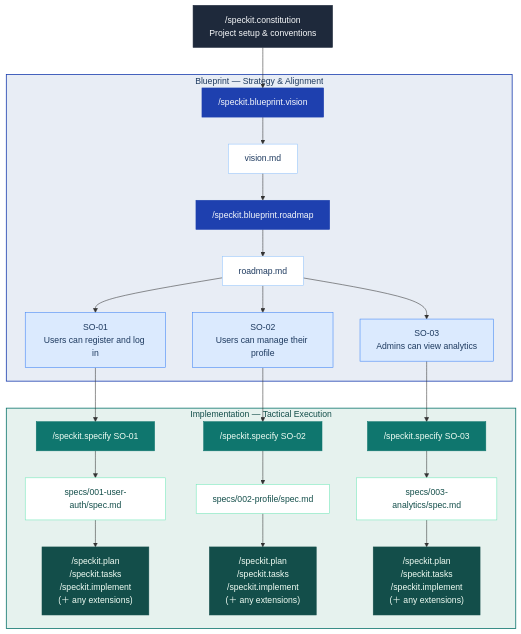
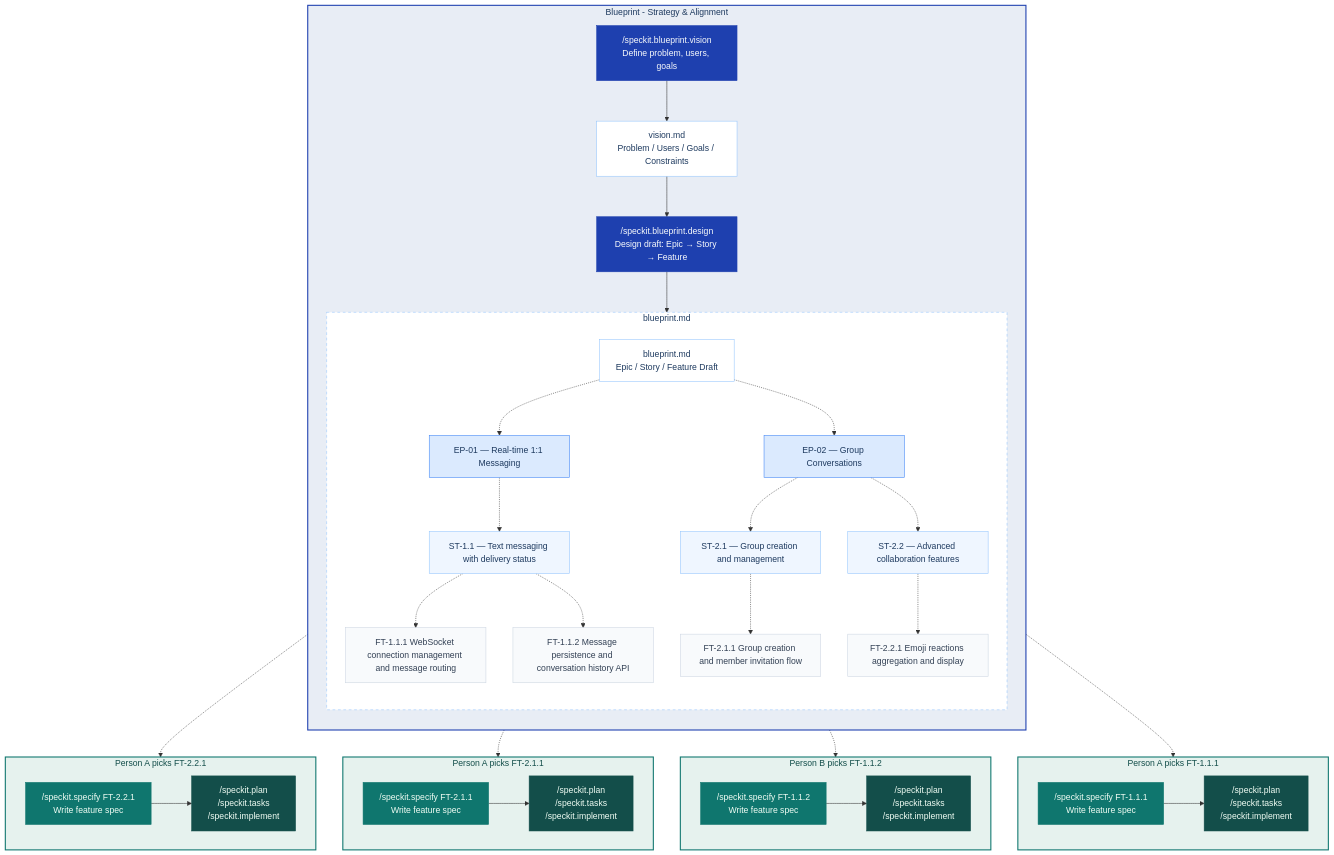
The diagram in README.md (jaeryun/spec-kit-blueprint), drawn with Mermaid before and after one commit. The commit also changed other lines of this file and 22 other files, not shown here.

First line of the commit message:
refactor: rename roadmap command to design, improve archive workflow and UX (#2)

````diff
--- a/README.md
+++ b/README.md
@@ -22,47 +22,78 @@
 ```mermaid
 flowchart TD
-    A["/speckit.constitution\nProject setup & conventions"] --> B
+    B["/speckit.blueprint.vision<br/>Define problem, users, goals"]
 
-    subgraph bp ["Blueprint — Strategy & Alignment"]
-        B["/speckit.blueprint.vision"]
-        B --> C["vision.md"]
-        C --> D["/speckit.blueprint.roadmap"]
-        D --> R["roadmap.md"]
-        R --> SO1["SO-01\nUsers can register and log in"]
-        R --> SO2["SO-02\nUsers can manage their profile"]
-        R --> SO3["SO-03\nAdmins can view analytics"]
+    subgraph BP ["Blueprint - Strategy & Alignment"]
+        direction TB
+        B --> V["vision.md<br/>Problem / Users / Goals / Constraints"]
+        V --> C["/speckit.blueprint.design<br/>Design draft: Epic → Story → Feature"]
+        C --> R["blueprint.md<br/>Epic / Story / Feature Draft"]
+
+        subgraph HIER ["blueprint.md"]
+            direction TB
+            R -.-> EP1["EP-01 — Real-time 1:1 Messaging"]
+            EP1 -.-> ST1["ST-1.1 — Text messaging with delivery status"]
+            ST1 -.-> FT_1_1_1["FT-1.1.1 WebSocket connection management and message routing"]
+            ST1 -.-> FT_1_1_2["FT-1.1.2 Message persistence and conversation history API"]
+
+            R -.-> EP2["EP-02 — Group Conversations"]
+            EP2 -.-> ST2["ST-2.1 — Group creation and management"]
+            ST2 -.-> FT_2_1_1["FT-2.1.1 Group creation and member invitation flow"]
+            EP2 -.-> ST3["ST-2.2 — Advanced collaboration features"]
+            ST3 -.-> FT_2_2_1["FT-2.2.1 Emoji reactions aggregation and display"]
+        end
     end
 
-    SO1 --> F
-    SO2 --> G
-    SO3 --> H
-
-    subgraph impl ["Implementation — Tactical Execution"]
-        F["/speckit.specify SO-01"] --> spec1["specs/001-user-auth/spec.md"]
-        G["/speckit.specify SO-02"] --> spec2["specs/002-profile/spec.md"]
-        H["/speckit.specify SO-03"] --> spec3["specs/003-analytics/spec.md"]
-        spec1 --> NEXT1["/speckit.plan\n/speckit.tasks\n/speckit.implement\n(＋ any extensions)"]
-        spec2 --> NEXT2["/speckit.plan\n/speckit.tasks\n/speckit.implement\n(＋ any extensions)"]
-        spec3 --> NEXT3["/speckit.plan\n/speckit.tasks\n/speckit.implement\n(＋ any extensions)"]
+    subgraph DEV1 ["Person A picks FT-1.1.1"]
+        direction LR
+        S_1_1_1["/speckit.specify FT-1.1.1<br/>Write feature spec"] --> N_1_1_1["/speckit.plan<br/>/speckit.tasks<br/>/speckit.implement"]
     end
 
-    style bp fill:#e8edf5,stroke:#1e40af,stroke-width:1.5px,color:#1e3a5f
-    style impl fill:#e6f2ee,stroke:#0f766e,stroke-width:1.5px,color:#134e4a
-    style A fill:#1e293b,stroke:#1e293b,color:#f8fafc
+    subgraph DEV2 ["Person B picks FT-1.1.2"]
+        direction LR
+        S_1_1_2["/speckit.specify FT-1.1.2<br/>Write feature spec"] --> N_1_1_2["/speckit.plan<br/>/speckit.tasks<br/>/speckit.implement"]
+    end
+
+    subgraph DEV3 ["Person A picks FT-2.1.1"]
+        direction LR
+        S_2_1_1["/speckit.specify FT-2.1.1<br/>Write feature spec"] --> N_2_1_1["/speckit.plan<br/>/speckit.tasks<br/>/speckit.implement"]
+    end
+
+    subgraph DEV4 ["Person A picks FT-2.2.1"]
+        direction LR
+        S_2_2_1["/speckit.specify FT-2.2.1<br/>Write feature spec"] --> N_2_2_1["/speckit.plan<br/>/speckit.tasks<br/>/speckit.implement"]
+    end
+
+    FT_1_1_1 -.-> S_1_1_1
+    FT_1_1_2 -.-> S_1_1_2
+    FT_2_1_1 -.-> S_2_1_1
+    FT_2_2_1 -.-> S_2_2_1
+
+    style BP fill:#e8edf5,stroke:#1e40af,stroke-width:2px,color:#1e3a5f
+    style HIER fill:#ffffff,stroke:#93c5fd,stroke-dasharray: 5 5,color:#1e3a5f
+    style DEV1 fill:#e6f2ee,stroke:#0f766e,stroke-width:2px,color:#134e4a
+    style DEV2 fill:#e6f2ee,stroke:#0f766e,stroke-width:2px,color:#134e4a
+    style DEV3 fill:#e6f2ee,stroke:#0f766e,stroke-width:2px,color:#134e4a
+    style DEV4 fill:#e6f2ee,stroke:#0f766e,stroke-width:2px,color:#134e4a
     style B fill:#1e40af,stroke:#1e40af,color:#f8fafc
-    style C fill:#ffffff,stroke:#93c5fd,color:#1e3a5f
-    style D fill:#1e40af,stroke:#1e40af,color:#f8fafc
+    style C fill:#1e40af,stroke:#1e40af,color:#f8fafc
+    style V fill:#ffffff,stroke:#93c5fd,color:#1e3a5f
     style R fill:#ffffff,stroke:#93c5fd,color:#1e3a5f
-    style SO1 fill:#dbeafe,stroke:#3b82f6,color:#1e3a5f
-    style SO2 fill:#dbeafe,stroke:#3b82f6,color:#1e3a5f
-    style SO3 fill:#dbeafe,stroke:#3b82f6,color:#1e3a5f
-    style F fill:#0f766e,stroke:#0f766e,color:#f0fdf4
-    style G fill:#0f766e,stroke:#0f766e,color:#f0fdf4
-    style H fill:#0f766e,stroke:#0f766e,color:#f0fdf4
-    style spec1 fill:#ffffff,stroke:#6ee7b7,color:#134e4a
-    style spec2 fill:#ffffff,stroke:#6ee7b7,color:#134e4a
-    style spec3 fill:#ffffff,stroke:#6ee7b7,color:#134e4a
-    style NEXT1 fill:#134e4a,stroke:#134e4a,color:#f0fdf4
-    style NEXT2 fill:#134e4a,stroke:#134e4a,color:#f0fdf4
-    style NEXT3 fill:#134e4a,stroke:#134e4a,color:#f0fdf4
+    style EP1 fill:#dbeafe,stroke:#3b82f6,color:#1e3a5f
+    style EP2 fill:#dbeafe,stroke:#3b82f6,color:#1e3a5f
+    style ST1 fill:#eff6ff,stroke:#93c5fd,color:#1e3a5f
+    style ST2 fill:#eff6ff,stroke:#93c5fd,color:#1e3a5f
+    style ST3 fill:#eff6ff,stroke:#93c5fd,color:#1e3a5f
+    style FT_1_1_1 fill:#f8fafc,stroke:#cbd5e1,color:#334155
+    style FT_1_1_2 fill:#f8fafc,stroke:#cbd5e1,color:#334155
+    style FT_2_1_1 fill:#f8fafc,stroke:#cbd5e1,color:#334155
+    style FT_2_2_1 fill:#f8fafc,stroke:#cbd5e1,color:#334155
+    style S_1_1_1 fill:#0f766e,stroke:#0f766e,color:#f0fdf4
+    style S_1_1_2 fill:#0f766e,stroke:#0f766e,color:#f0fdf4
+    style S_2_1_1 fill:#0f766e,stroke:#0f766e,color:#f0fdf4
+    style S_2_2_1 fill:#0f766e,stroke:#0f766e,color:#f0fdf4
+    style N_1_1_1 fill:#134e4a,stroke:#134e4a,color:#f0fdf4
+    style N_1_1_2 fill:#134e4a,stroke:#134e4a,color:#f0fdf4
+    style N_2_1_1 fill:#134e4a,stroke:#134e4a,color:#f0fdf4
+    style N_2_2_1 fill:#134e4a,stroke:#134e4a,color:#f0fdf4
 ```
````
